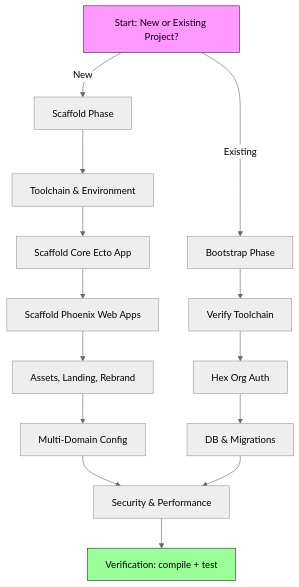
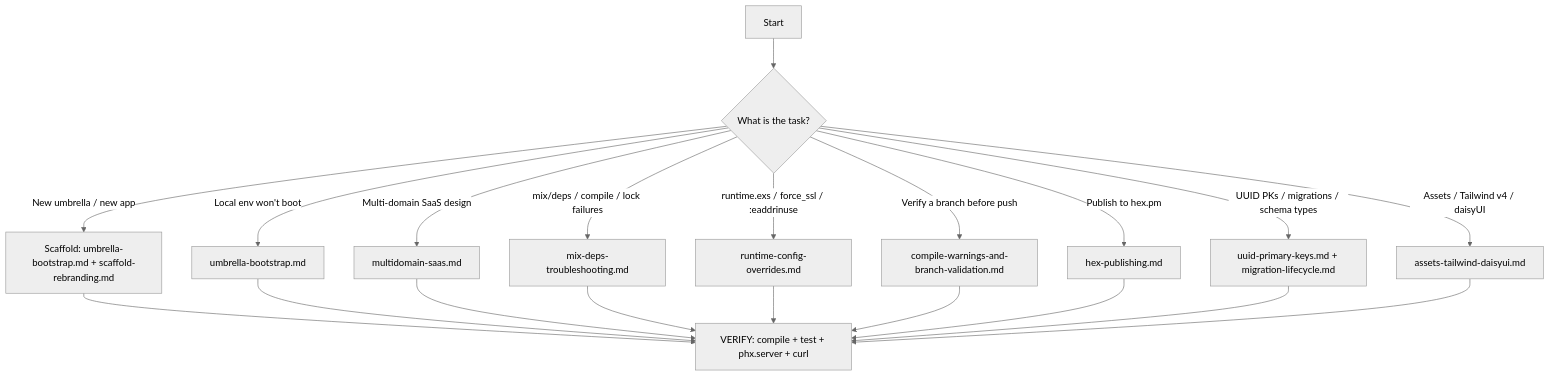
The diagram in skills/elixir-setup/SKILL.md (alvarolizama/elixir-skills), drawn with Mermaid (neutral theme) before and after one commit. The commit also changed other lines of this file and 371 other files, not shown here.

````diff
--- a/skills/elixir-setup/SKILL.md
+++ b/skills/elixir-setup/SKILL.md
@@ -19,22 +19,23 @@
 ```mermaid
-graph TD
-    A[Start: New or Existing Project?] -->|New| B[Scaffold Phase]
-    A -->|Existing| C[Bootstrap Phase]
+flowchart TD
+    A[Start] --> B{What is the task?}
+    B -->|New umbrella / new app| C[Scaffold: umbrella-bootstrap.md + scaffold-rebranding.md]
+    B -->|Local env won't boot| D[umbrella-bootstrap.md]
+    B -->|Multi-domain SaaS design| E[multidomain-saas.md]
+    B -->|mix/deps / compile / lock failures| F[mix-deps-troubleshooting.md]
+    B -->|runtime.exs / force_ssl / :eaddrinuse| G[runtime-config-overrides.md]
+    B -->|Verify a branch before push| H[compile-warnings-and-branch-validation.md]
+    B -->|Publish to hex.pm| I[hex-publishing.md]
+    B -->|UUID PKs / migrations / schema types| J[uuid-primary-keys.md + migration-lifecycle.md]
+    B -->|Assets / Tailwind v4 / daisyUI| K[assets-tailwind-daisyui.md]
 
-    B --> B1[Toolchain & Environment]
-    B1 --> B2[Scaffold Core Ecto App]
-    B2 --> B3[Scaffold Phoenix Web Apps]
-    B3 --> B4[Assets, Landing, Rebrand]
-    B4 --> B5[Multi-Domain Config]
-
-    C --> C1[Verify Toolchain]
-    C1 --> C2[Hex Org Auth]
-    C2 --> C3[DB & Migrations]
-
-    B5 --> D[Security & Performance]
-    C3 --> D
-    D --> E[Verification: compile + test]
-
-    style A fill:#f9f,stroke:#333
-    style E fill:#9f9,stroke:#333
+    C --> L[VERIFY: compile + test + phx.server + curl]
+    D --> L
+    E --> L
+    F --> L
+    G --> L
+    H --> L
+    I --> L
+    J --> L
+    K --> L
 ```
````
